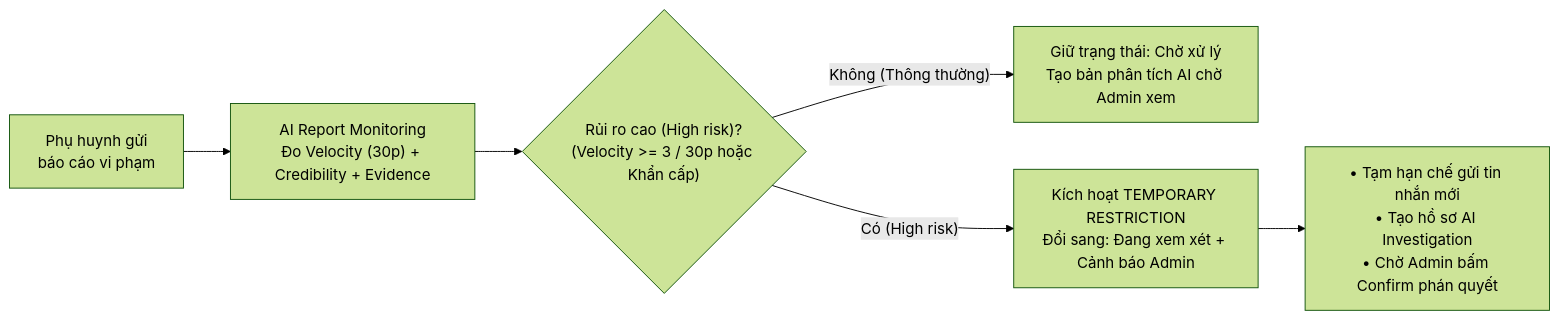
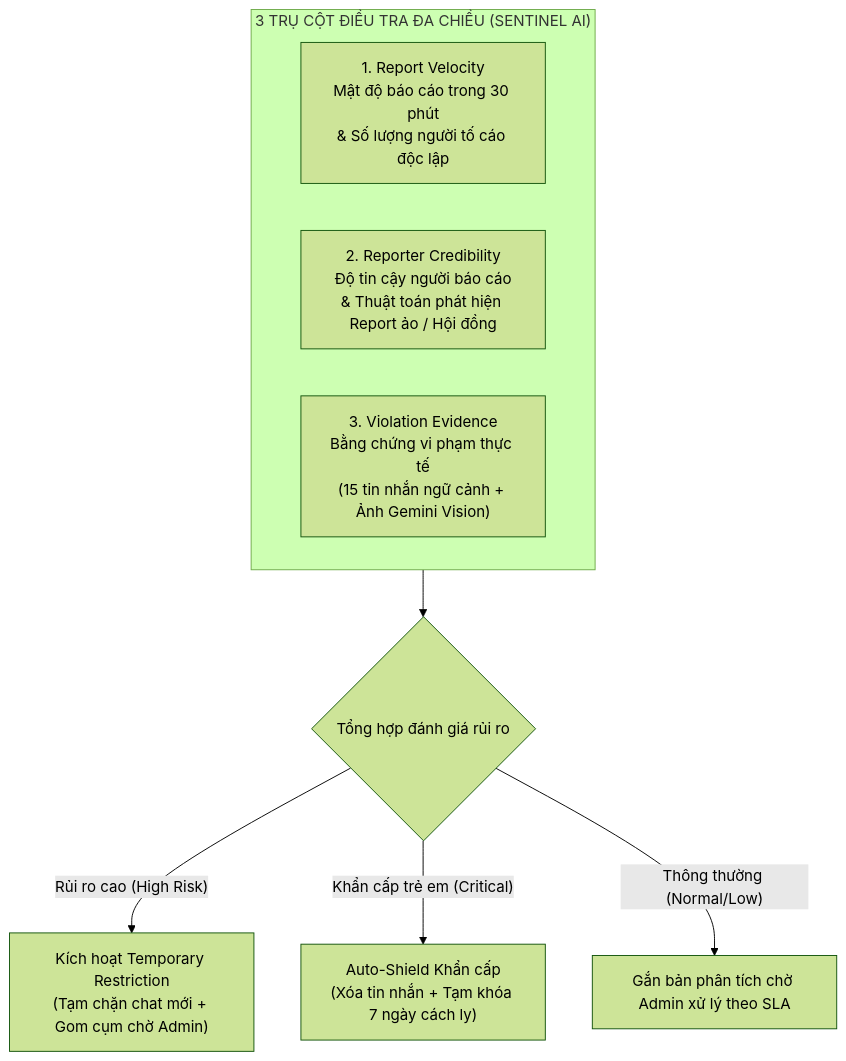
One commit to BuddyLink-Team/Front-End changed the first of 4 diagrams in docs/BUD50_SENTINEL_AI_MODERATION.md. Above: the diagram before and after it, drawn with Mermaid (forest theme). The commit also changed other lines of this file and 5 other files, not shown here.

Commit message:
feat: implement Sentinel AI report moderation and batch scanning feature

````diff
--- a/docs/BUD50_SENTINEL_AI_MODERATION.md
+++ b/docs/BUD50_SENTINEL_AI_MODERATION.md
@@ -21,8 +15,12 @@
 ```mermaid
-flowchart LR
-    A["Phụ huynh gửi<br/>báo cáo vi phạm"] --> B["AI Report Monitoring<br/>Đo Velocity (30p) + Credibility + Evidence"]
-    B --> C{"Rủi ro cao (High risk)?<br/>(Velocity >= 3 / 30p hoặc Khẩn cấp)"}
-    C -- "Không (Thông thường)" --> D["Giữ trạng thái: Chờ xử lý<br/>Tạo bản phân tích AI chờ Admin xem"]
-    C -- "Có (High risk)" --> E["Kích hoạt TEMPORARY RESTRICTION<br/>Đổi sang: Đang xem xét + Cảnh báo Admin"]
-    E --> F["• Tạm hạn chế gửi tin nhắn mới<br/>• Tạo hồ sơ AI Investigation<br/>• Chờ Admin bấm Confirm phán quyết"]
+flowchart TD
+    subgraph ThreePillars["3 TRỤ CỘT ĐIỀU TRA ĐA CHIỀU (SENTINEL AI)"]
+        P1["1. Report Velocity<br/>Mật độ báo cáo trong 30 phút<br/>& Số lượng người tố cáo độc lập"]
+        P2["2. Reporter Credibility<br/>Độ tin cậy người báo cáo<br/>& Thuật toán phát hiện Report ảo / Hội đồng"]
+        P3["3. Violation Evidence<br/>Bằng chứng vi phạm thực tế<br/>(15 tin nhắn ngữ cảnh + Ảnh Gemini Vision)"]
+    end
+    ThreePillars --> Decision{"Tổng hợp đánh giá rủi ro"}
+    Decision -- "Rủi ro cao (High Risk)" --> Temp["Kích hoạt Temporary Restriction<br/>(Tạm chặn chat mới + Gom cụm chờ Admin)"]
+    Decision -- "Khẩn cấp trẻ em (Critical)" --> Urgent["Auto-Shield Khẩn cấp<br/>(Xóa tin nhắn + Tạm khóa 7 ngày cách ly)"]
+    Decision -- "Thông thường (Normal/Low)" --> Normal["Gắn bản phân tích chờ Admin xử lý theo SLA"]
 ```
````
